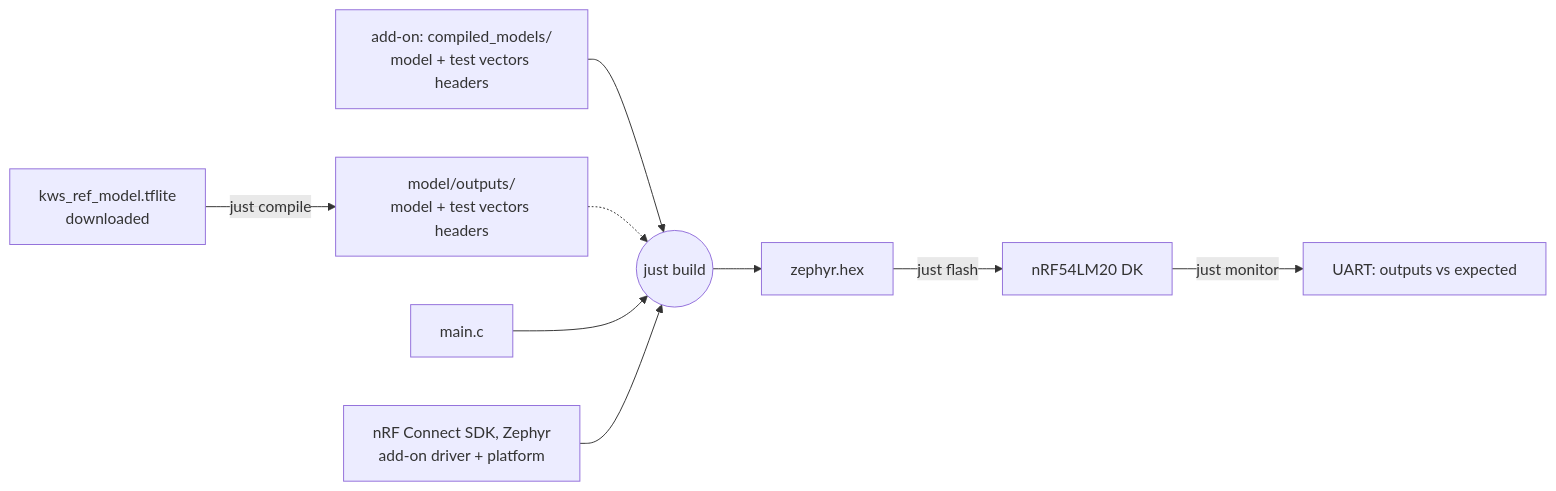
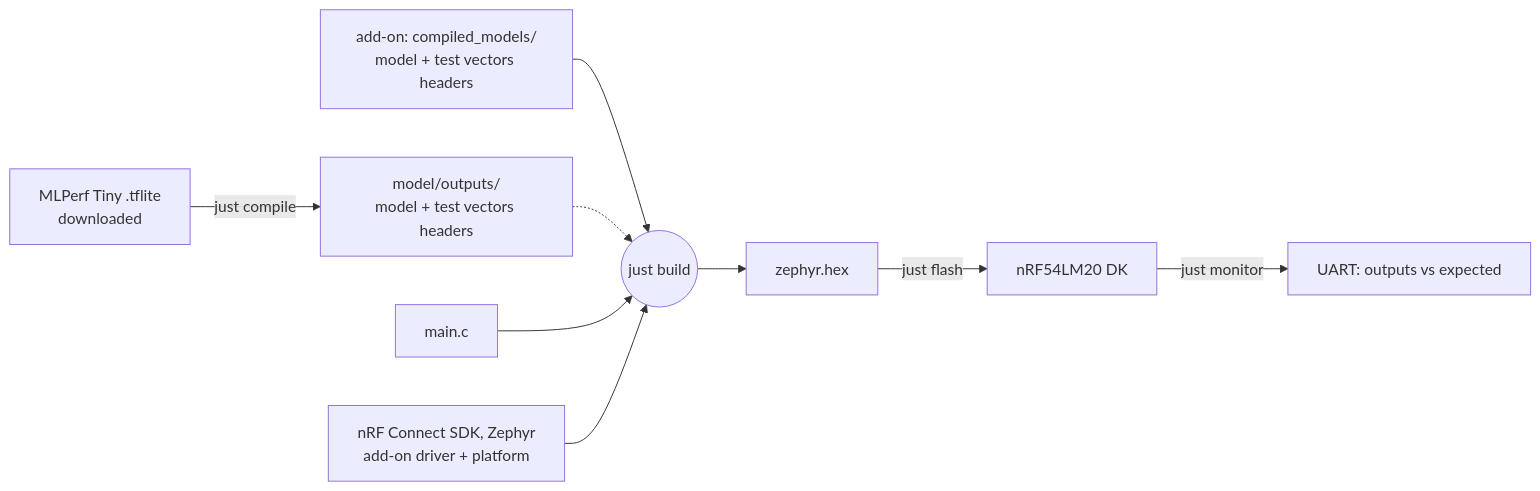
One commit to rdagher/axon-npu-demo changed the diagram in README.md. Above: the diagram before and after it, drawn with Mermaid. The commit also changed other lines of this file, not shown here.

Commit message:
README: licence row for the four models

````diff
--- a/README.md
+++ b/README.md
@@ -20,11 +20,11 @@
 ```mermaid
 flowchart LR
     addon[add-on: compiled_models/<br/>model + test vectors headers] --> build((just build))
-    tflite[kws_ref_model.tflite<br/>downloaded] -- just compile --> out[model/outputs/<br/>model + test vectors headers]
+    tflite[MLPerf Tiny .tflite<br/>downloaded] -- just compile --> out[model/outputs/<br/>model + test vectors headers]
     out -.-> build
     app[main.c] --> build
     sdk[nRF Connect SDK, Zephyr<br/>add-on driver + platform] --> build
     build --> hex[zephyr.hex]
     hex -- just flash --> dk[nRF54LM20 DK]
     dk -- just monitor --> log[UART: outputs vs expected]
 ```
````
